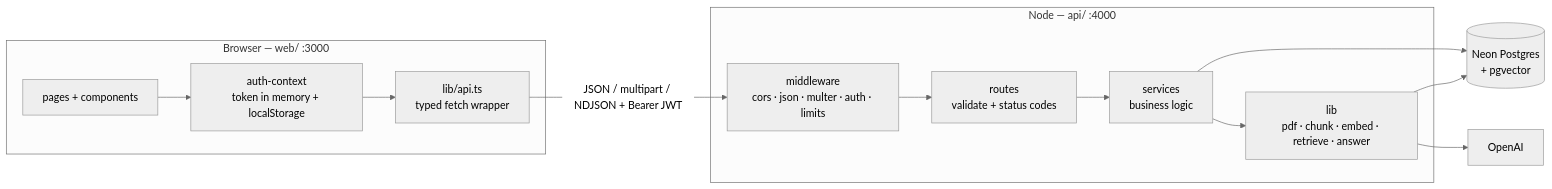
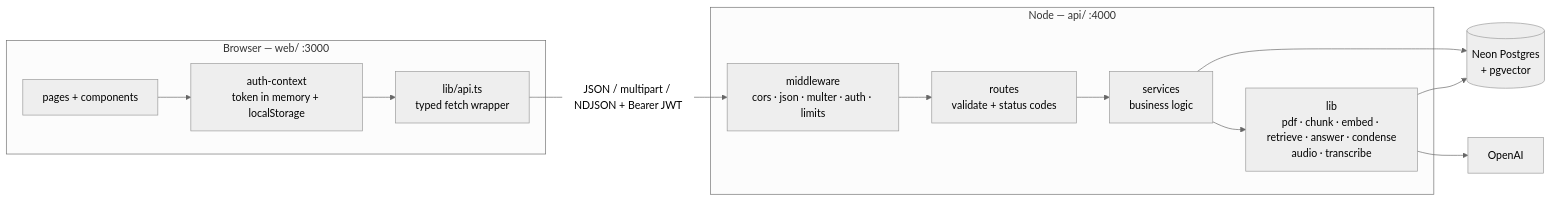
The first of 8 diagrams in docs/flows.md (AbhishekSatyam96/devTinder), drawn with Mermaid (neutral theme) before and after one commit. The commit also changed other lines of this file and 2 other files, not shown here.

````diff
--- a/docs/flows.md
+++ b/docs/flows.md
@@ -17,21 +17,21 @@
 ```mermaid
 flowchart LR
     subgraph browser["Browser — web/ :3000"]
         UI["pages + components"]
         Ctx["auth-context<br/>token in memory + localStorage"]
         API["lib/api.ts<br/>typed fetch wrapper"]
     end
     subgraph server["Node — api/ :4000"]
         MW["middleware<br/>cors · json · multer · auth · limits"]
         RT["routes<br/>validate + status codes"]
         SV["services<br/>business logic"]
-        LB["lib<br/>pdf · chunk · embed · retrieve · answer"]
+        LB["lib<br/>pdf · chunk · embed · retrieve · answer · condense<br/>audio · transcribe"]
     end
     DB[("Neon Postgres<br/>+ pgvector")]
     OAI["OpenAI"]
 
     UI --> Ctx --> API -->|"JSON / multipart / NDJSON + Bearer JWT"| MW --> RT --> SV --> LB
     SV --> DB
     LB --> DB
     LB --> OAI
 ```
````
